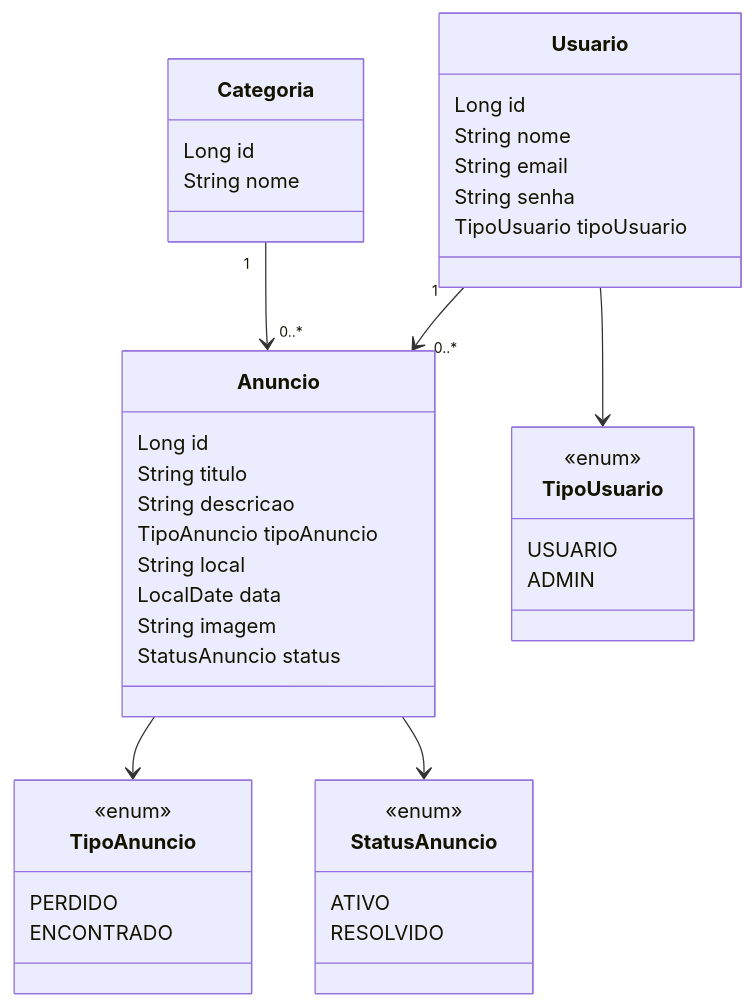
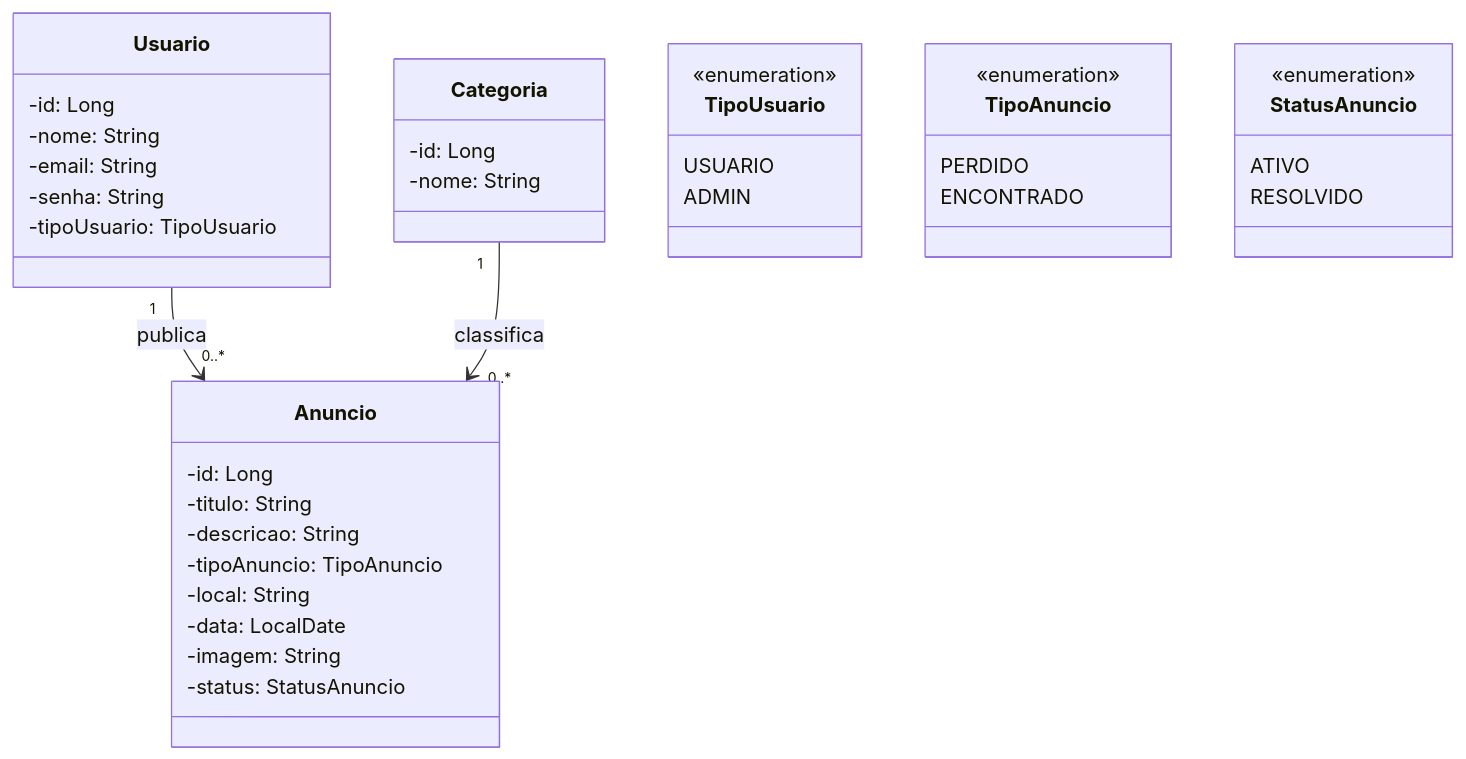
Before and after one commit to Rafael-Alves233/achados-e-perdidos: the diagram in readme.md, drawn with Mermaid. The commit also changed other lines of this file and 13 other files, not shown here.

````diff
--- a/readme.md
+++ b/readme.md
@@ -35,50 +35,47 @@
 ```mermaid
 classDiagram
     class Usuario {
-        Long id
-        String nome
-        String email
-        String senha
-        TipoUsuario tipoUsuario
+        -id: Long
+        -nome: String
+        -email: String
+        -senha: String
+        -tipoUsuario: TipoUsuario
     }
 
     class Anuncio {
-        Long id
-        String titulo
-        String descricao
-        TipoAnuncio tipoAnuncio
-        String local
-        LocalDate data
-        String imagem
-        StatusAnuncio status
+        -id: Long
+        -titulo: String
+        -descricao: String
+        -tipoAnuncio: TipoAnuncio
+        -local: String
+        -data: LocalDate
+        -imagem: String
+        -status: StatusAnuncio
     }
 
     class Categoria {
-        Long id
-        String nome
+        -id: Long
+        -nome: String
     }
 
     class TipoUsuario {
-        <<enum>>
+        <<enumeration>>
         USUARIO
         ADMIN
     }
 
     class TipoAnuncio {
-        <<enum>>
+        <<enumeration>>
         PERDIDO
         ENCONTRADO
     }
 
     class StatusAnuncio {
-        <<enum>>
+        <<enumeration>>
         ATIVO
         RESOLVIDO
     }
 
-    Usuario "1" --> "0..*" Anuncio
-    Categoria "1" --> "0..*" Anuncio
-    Usuario --> TipoUsuario
-    Anuncio --> TipoAnuncio
-    Anuncio --> StatusAnuncio
+    Usuario "1" --> "0..*" Anuncio : publica
+    Categoria "1" --> "0..*" Anuncio : classifica
 ```
````
